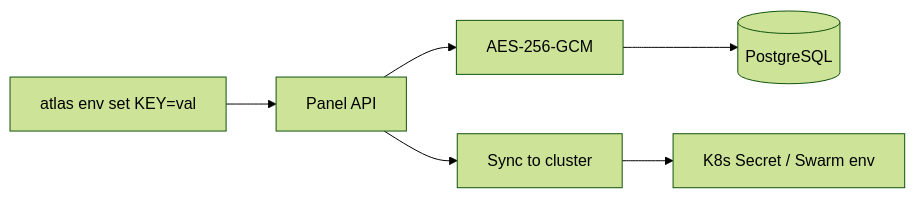
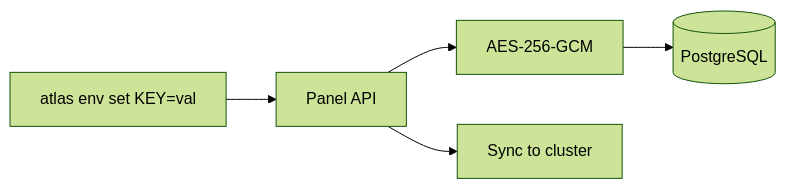
Before and after one commit to codeatlasdev/atlas: the diagram in apps/docs/content/docs/concepts/secrets.mdx, drawn with Mermaid (forest theme). The commit also changed other lines of this file and 32 other files, not shown here.

````diff
--- a/apps/docs/content/docs/concepts/secrets.mdx
+++ b/apps/docs/content/docs/concepts/secrets.mdx
@@ -10,8 +10,7 @@
 ```mermaid
 graph LR
     CLI[atlas env set KEY=val] --> Panel[Panel API]
     Panel --> Encrypt[AES-256-GCM]
     Encrypt --> DB[(PostgreSQL)]
     Panel --> Sync[Sync to cluster]
-    Sync --> K8s[K8s Secret / Swarm env]
 ```
````
